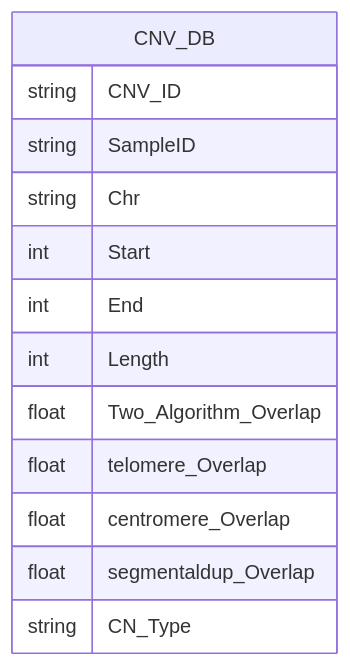
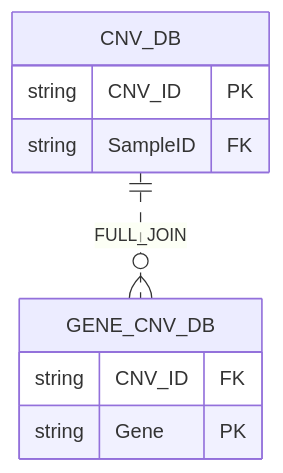
Before and after one commit to JacquemontLab/CNV-Annotation: the third of 3 diagrams in README.md, drawn with Mermaid. The commit also changed other lines of this file and 5 other files, not shown here.

````diff
--- a/README.md
+++ b/README.md
@@ -104,16 +60,13 @@
- ```mermaid
+```mermaid
 erDiagram
-CNV_DB {
-    string CNV_ID
-    string SampleID
-    string Chr
-    int Start
-    int End
-    int Length
-    float Two_Algorithm_Overlap
-    float telomere_Overlap
-    float centromere_Overlap
-    float segmentaldup_Overlap
-    string CN_Type
-}
+    direction TB
+    CNV_DB {
+        string CNV_ID PK
+		string SampleID FK
+    }
+	CNV_DB ||..o{ GENE_CNV_DB : FULL_JOIN
+    GENE_CNV_DB {
+        string CNV_ID FK
+		string Gene PK
+    }
 ```
````
